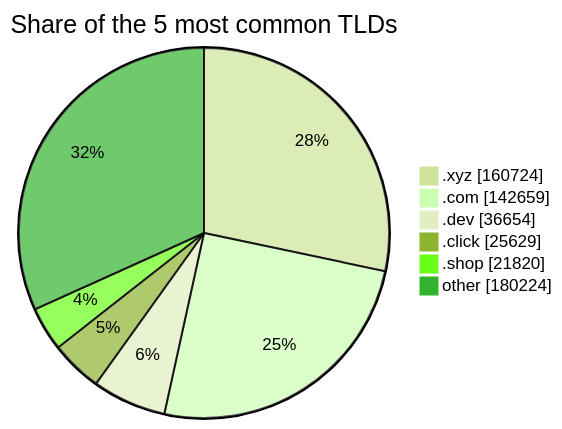
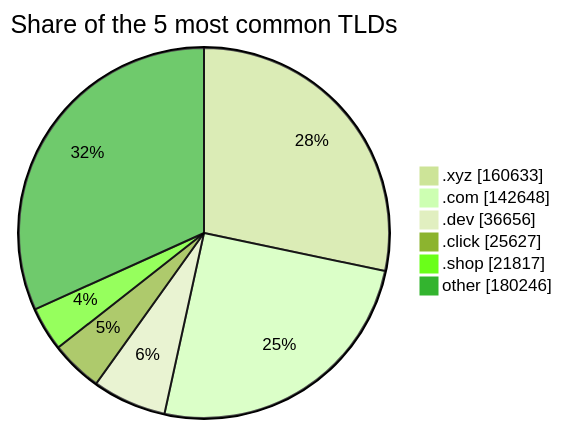
One commit to DNSBunker/CTI changed the third of 3 diagrams in README.md. Above: the diagram before and after it, drawn with Mermaid (forest theme). The commit also changed other lines of this file and 3 other files, not shown here.

````diff
--- a/README.md
+++ b/README.md
@@ -81,9 +81,9 @@
 ```mermaid
 pie showData title Share of the 5 most common TLDs
-    ".xyz" : 160724
-    ".com" : 142659
-    ".dev" : 36654
-    ".click" : 25629
-    ".shop" : 21820
-    "other" : 180224
+    ".xyz" : 160633
+    ".com" : 142648
+    ".dev" : 36656
+    ".click" : 25627
+    ".shop" : 21817
+    "other" : 180246
 ```
````
